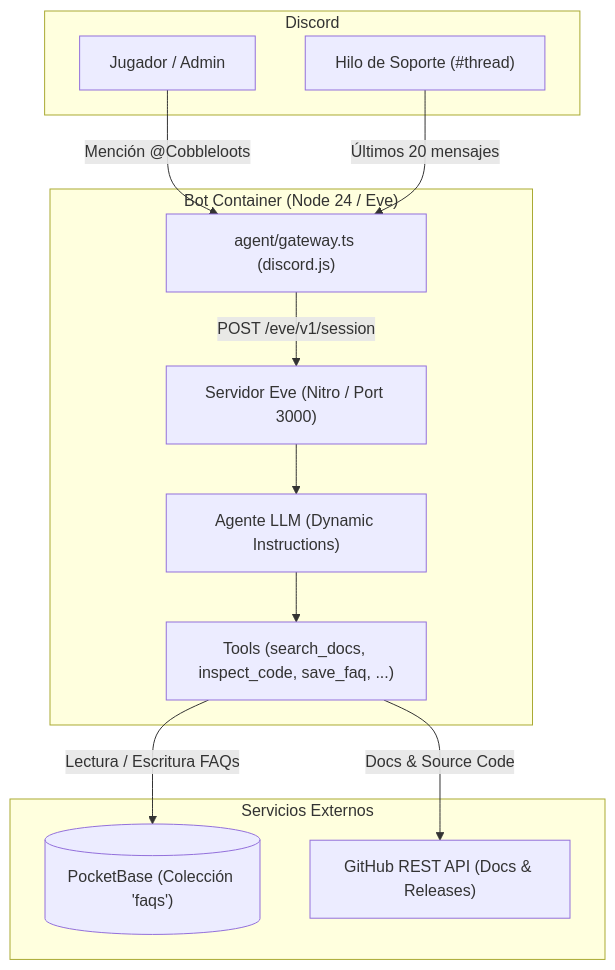
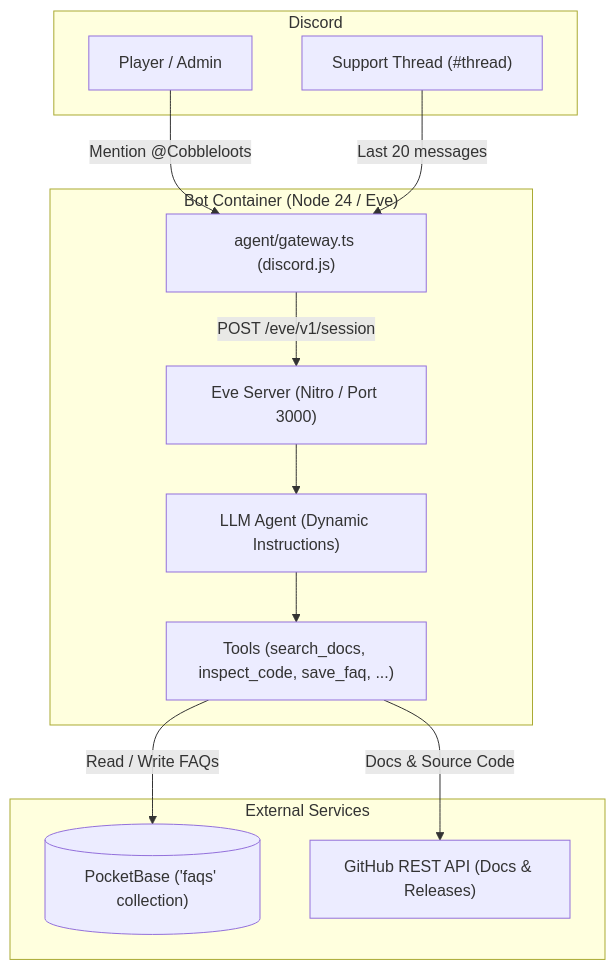
Before and after one commit to ResistorCat/cobbleloots: the diagram in infra/discord-bot/README.md, drawn with Mermaid. The commit also changed other lines of this file, not shown here.

````diff
--- a/infra/discord-bot/README.md
+++ b/infra/discord-bot/README.md
@@ -9,27 +9,27 @@
 ```mermaid
 flowchart TD
     subgraph Discord["Discord"]
-        User["Jugador / Admin"]
-        Thread["Hilo de Soporte (#thread)"]
+        User["Player / Admin"]
+        Thread["Support Thread (#thread)"]
     end
 
     subgraph BotContainer["Bot Container (Node 24 / Eve)"]
         Gateway["agent/gateway.ts (discord.js)"]
-        EveServer["Servidor Eve (Nitro / Port 3000)"]
-        Agent["Agente LLM (Dynamic Instructions)"]
+        EveServer["Eve Server (Nitro / Port 3000)"]
+        Agent["LLM Agent (Dynamic Instructions)"]
         Tools["Tools (search_docs, inspect_code, save_faq, ...)"]
     end
 
-    subgraph Persistence["Servicios Externos"]
-        PocketBase[("PocketBase (Colección 'faqs')")]
+    subgraph Persistence["External Services"]
+        PocketBase[("PocketBase ('faqs' collection)")]
         GitHub["GitHub REST API (Docs & Releases)"]
     end
 
-    User -->|Mención @Cobbleloots| Gateway
-    Thread -->|Últimos 20 mensajes| Gateway
+    User -->|Mention @Cobbleloots| Gateway
+    Thread -->|Last 20 messages| Gateway
     Gateway -->|POST /eve/v1/session| EveServer
     EveServer --> Agent
     Agent --> Tools
-    Tools -->|Lectura / Escritura FAQs| PocketBase
+    Tools -->|Read / Write FAQs| PocketBase
     Tools -->|Docs & Source Code| GitHub
 ```
````
